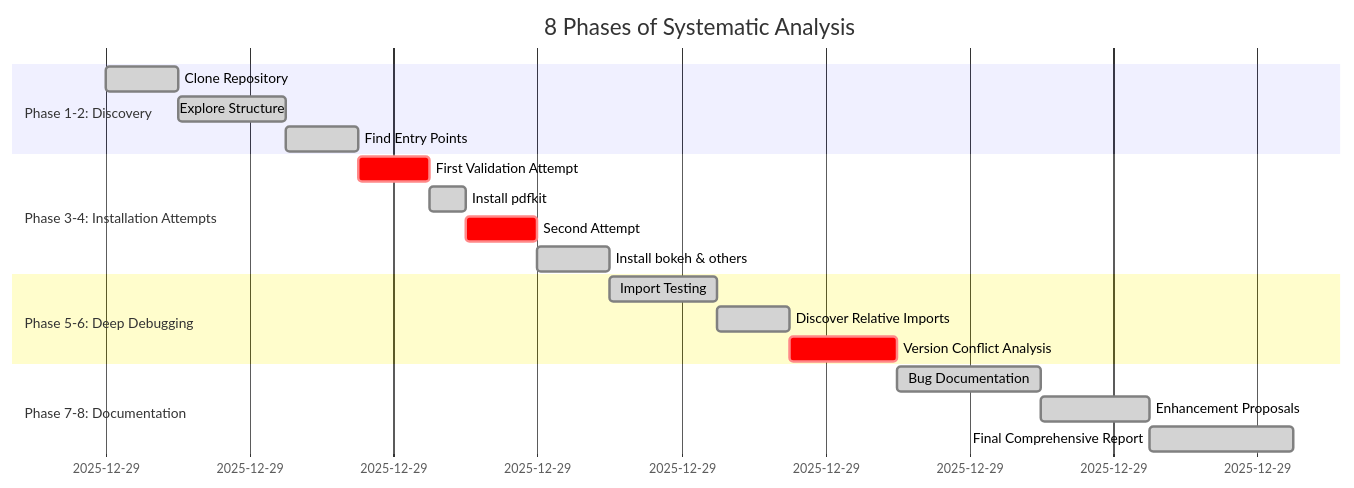
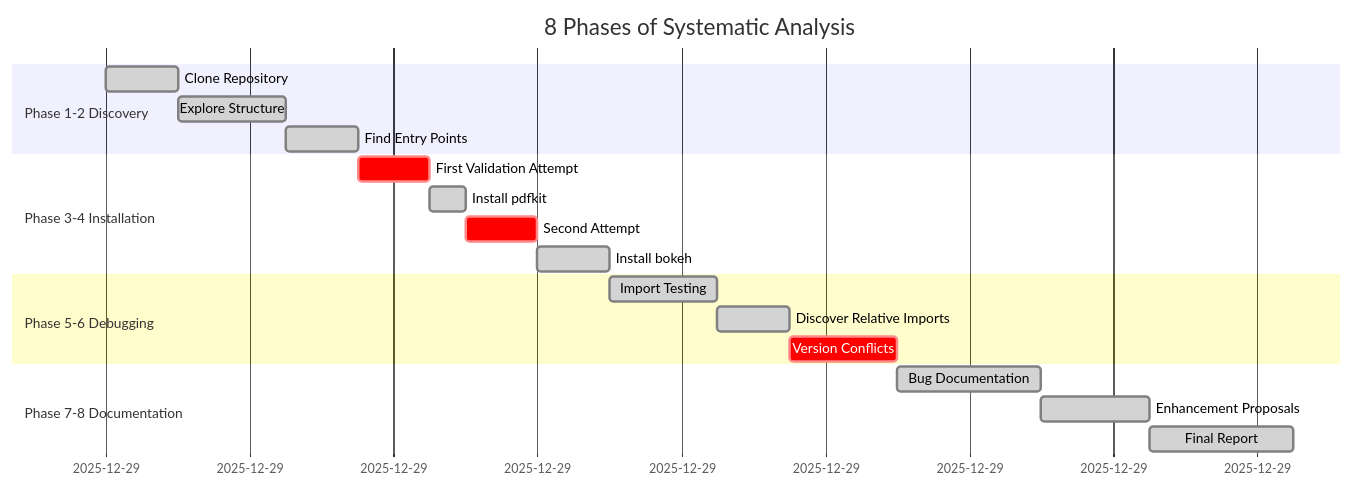
Before and after one commit to ShravyaRS/IHMValidation-Analysis: the third of 3 diagrams in README.md, drawn with Mermaid. The commit also changed other lines of this file, not shown here.

Commit message:
Fix README: remove emojis and fix Mermaid diagram syntax

````diff
--- a/README.md
+++ b/README.md
@@ -170,22 +168,22 @@
 ```mermaid
 gantt
     title 8 Phases of Systematic Analysis
     dateFormat HH:mm
-    section Phase 1-2: Discovery
+    section Phase 1-2 Discovery
     Clone Repository          :done, p1, 00:00, 30m
     Explore Structure         :done, p2, 00:30, 45m
     Find Entry Points         :done, p3, 01:15, 30m
-    section Phase 3-4: Installation Attempts
+    section Phase 3-4 Installation
     First Validation Attempt  :crit, p4, 01:45, 30m
     Install pdfkit           :done, p5, 02:15, 15m
     Second Attempt           :crit, p6, 02:30, 30m
-    Install bokeh & others   :done, p7, 03:00, 30m
-    section Phase 5-6: Deep Debugging
+    Install bokeh            :done, p7, 03:00, 30m
+    section Phase 5-6 Debugging
     Import Testing           :done, p8, 03:30, 45m
     Discover Relative Imports:done, p9, 04:15, 30m
-    Version Conflict Analysis:crit, p10, 04:45, 45m
-    section Phase 7-8: Documentation
+    Version Conflicts        :crit, p10, 04:45, 45m
+    section Phase 7-8 Documentation
     Bug Documentation        :done, p11, 05:30, 60m
     Enhancement Proposals    :done, p12, 06:30, 45m
-    Final Comprehensive Report:done, p13, 07:15, 60m
+    Final Report             :done, p13, 07:15, 60m
 ```
````
